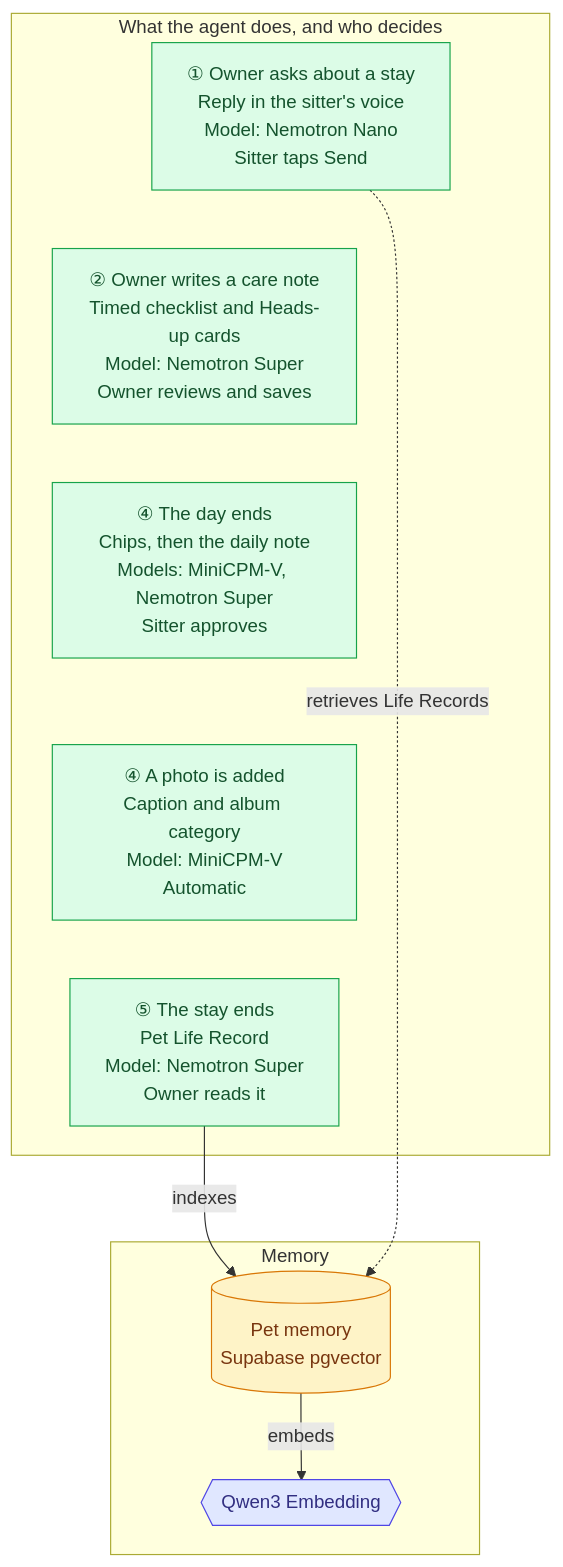
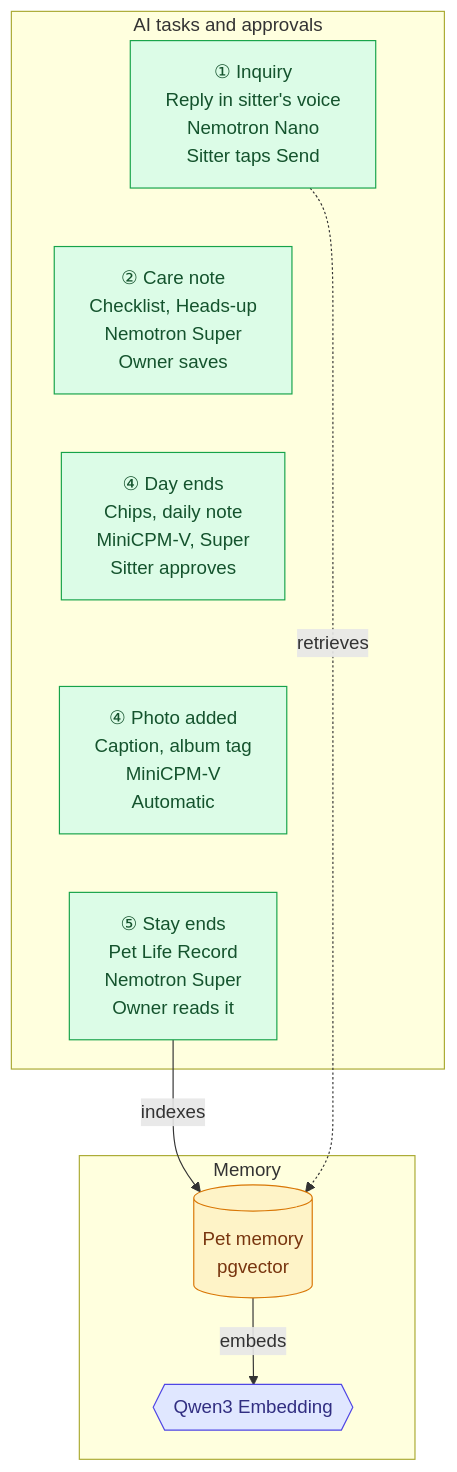
Before and after one commit to minsikpaul92/Goldito: the second of 2 diagrams in README.md, drawn with Mermaid. The commit also changed other lines of this file, not shown here.

Commit message:
docs: simplify the README diagrams so text and arrows fit on GitHub

````diff
--- a/README.md
+++ b/README.md
@@ -360,32 +332,32 @@
 ```mermaid
 flowchart TD
 
-subgraph agent["What the agent does, and who decides"]
-  inquiry["① Owner asks about a stay<br/>Reply in the sitter's voice<br/>Model: Nemotron Nano<br/>Sitter taps Send"]
-  care["② Owner writes a care note<br/>Timed checklist and Heads-up cards<br/>Model: Nemotron Super<br/>Owner reviews and saves"]
-  daily["④ The day ends<br/>Chips, then the daily note<br/>Models: MiniCPM-V, Nemotron Super<br/>Sitter approves"]
-  caption["④ A photo is added<br/>Caption and album category<br/>Model: MiniCPM-V<br/>Automatic"]
-  life["⑤ The stay ends<br/>Pet Life Record<br/>Model: Nemotron Super<br/>Owner reads it"]
+subgraph agent["AI tasks and approvals"]
+  inquiry["① Inquiry<br/>Reply in sitter's voice<br/>Nemotron Nano<br/>Sitter taps Send"]
+  care["② Care note<br/>Checklist, Heads-up<br/>Nemotron Super<br/>Owner saves"]
+  daily["④ Day ends<br/>Chips, daily note<br/>MiniCPM-V, Super<br/>Sitter approves"]
+  caption["④ Photo added<br/>Caption, album tag<br/>MiniCPM-V<br/>Automatic"]
+  life["⑤ Stay ends<br/>Pet Life Record<br/>Nemotron Super<br/>Owner reads it"]
 end
 
 subgraph memory["Memory"]
-  rag[("Pet memory<br/>Supabase pgvector")]
+  rag[("Pet memory<br/>pgvector")]
   embed{{"Qwen3 Embedding"}}
 end
 
 inquiry ~~~ care
 care ~~~ daily
 daily ~~~ caption
 caption ~~~ life
 
 life -->|"indexes"| rag
 rag -->|"embeds"| embed
-inquiry -.->|"retrieves Life Records"| rag
+inquiry -.->|"retrieves"| rag
 
 classDef task fill:#dcfce7,stroke:#16a34a,color:#14532d
 classDef ext fill:#e0e7ff,stroke:#4f46e5,color:#312e81
 classDef mem fill:#fef3c7,stroke:#d97706,color:#78350f
 class inquiry,care,daily,caption,life task
 class embed ext
 class rag mem
 ```
````
